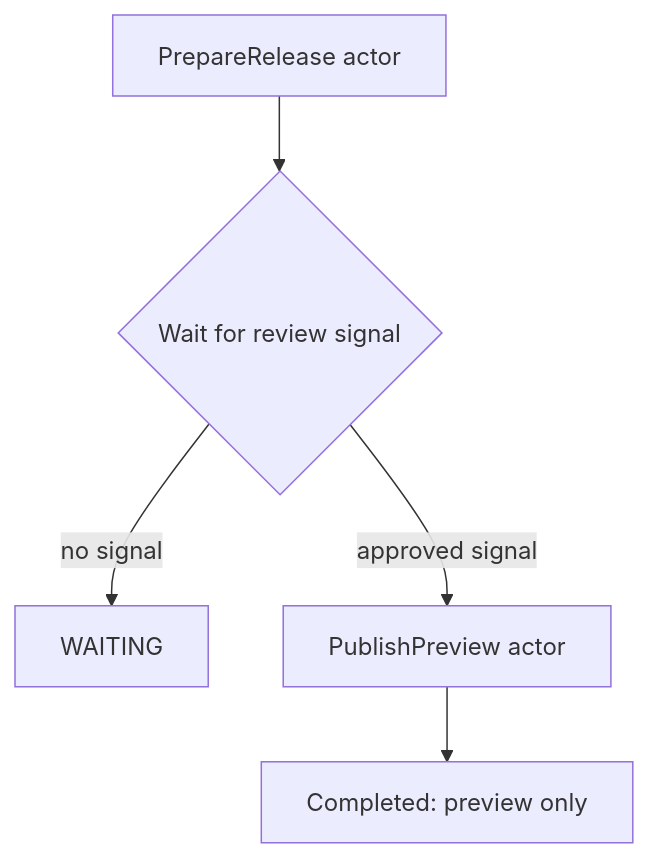
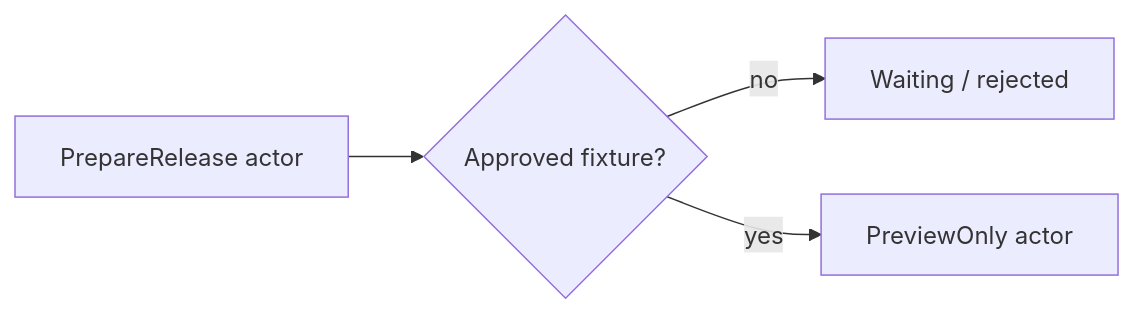
The third of 3 diagrams in docs/GRAPHS.md (atto-lang/atto-step-function-demo), drawn with Mermaid before and after one commit. The commit also changed other lines of this file and 24 other files, not shown here.

````diff
--- a/docs/GRAPHS.md
+++ b/docs/GRAPHS.md
@@ -35,7 +25,6 @@
 ```mermaid
-flowchart TD
-  A["PrepareRelease actor"] --> B{"Wait for review signal"}
-  B -->|no signal| C["WAITING"]
-  B -->|approved signal| D["PublishPreview actor"]
-  D --> E["Completed: preview only"]
+flowchart LR
+  A[PrepareRelease actor] --> B{Approved fixture?}
+  B -->|no| C[Waiting / rejected]
+  B -->|yes| D[PreviewOnly actor]
 ```
````
